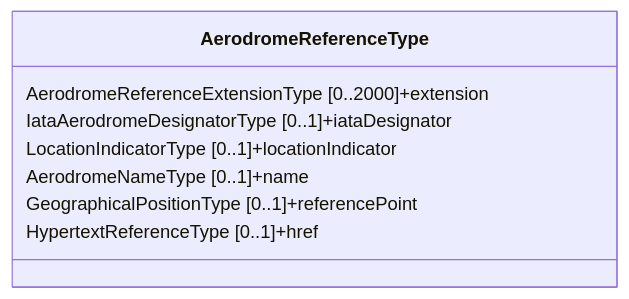
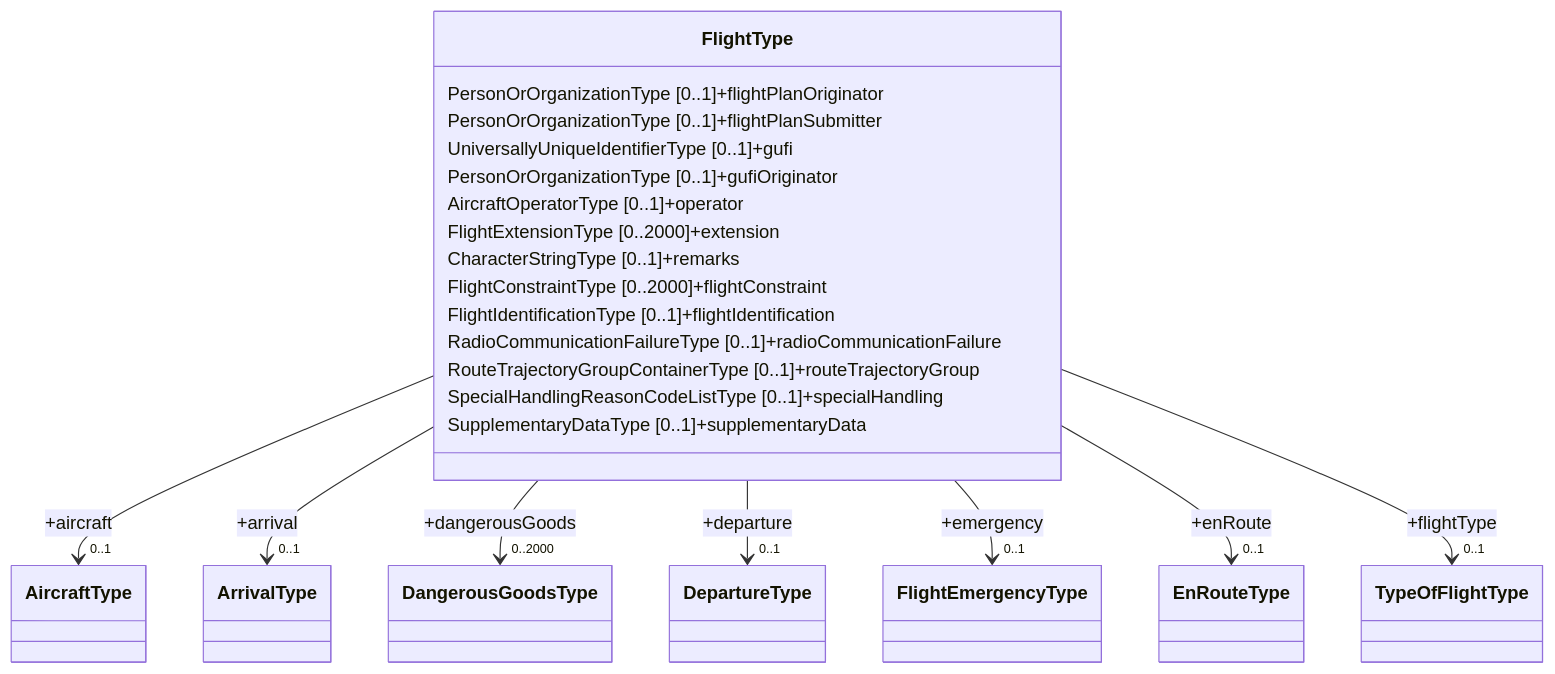
One commit to du-lapin/test_docsify changed the third of 3 diagrams in docs/fixm/FIXM_UML_in_mermaid.md. Above: the diagram before and after it, drawn with Mermaid.

````diff
--- a/docs/fixm/FIXM_UML_in_mermaid.md
+++ b/docs/fixm/FIXM_UML_in_mermaid.md
@@ -24,10 +24,24 @@
 ```mermaid
 classDiagram
-class AerodromeReferenceType
-AerodromeReferenceType : AerodromeReferenceExtensionType [0..2000]+extension
-AerodromeReferenceType : IataAerodromeDesignatorType [0..1]+iataDesignator
-AerodromeReferenceType : LocationIndicatorType [0..1]+locationIndicator
-AerodromeReferenceType : AerodromeNameType [0..1]+name
-AerodromeReferenceType : GeographicalPositionType [0..1]+referencePoint
-AerodromeReferenceType : HypertextReferenceType [0..1]+href
+class FlightType
+FlightType : PersonOrOrganizationType [0..1]+flightPlanOriginator
+FlightType : PersonOrOrganizationType [0..1]+flightPlanSubmitter
+FlightType : UniversallyUniqueIdentifierType [0..1]+gufi
+FlightType : PersonOrOrganizationType [0..1]+gufiOriginator
+FlightType : AircraftOperatorType [0..1]+operator
+FlightType : FlightExtensionType [0..2000]+extension
+FlightType : CharacterStringType [0..1]+remarks
+FlightType --> "0..1" AircraftType : +aircraft
+FlightType --> "0..1" ArrivalType : +arrival
+FlightType --> "0..2000" DangerousGoodsType : +dangerousGoods
+FlightType --> "0..1" DepartureType : +departure
+FlightType --> "0..1" FlightEmergencyType : +emergency
+FlightType --> "0..1" EnRouteType : +enRoute
+FlightType : FlightConstraintType [0..2000]+flightConstraint
+FlightType : FlightIdentificationType [0..1]+flightIdentification
+FlightType --> "0..1" TypeOfFlightType : +flightType
+FlightType : RadioCommunicationFailureType [0..1]+radioCommunicationFailure
+FlightType : RouteTrajectoryGroupContainerType [0..1]+routeTrajectoryGroup
+FlightType : SpecialHandlingReasonCodeListType [0..1]+specialHandling
+FlightType : SupplementaryDataType [0..1]+supplementaryData
 ```
````
